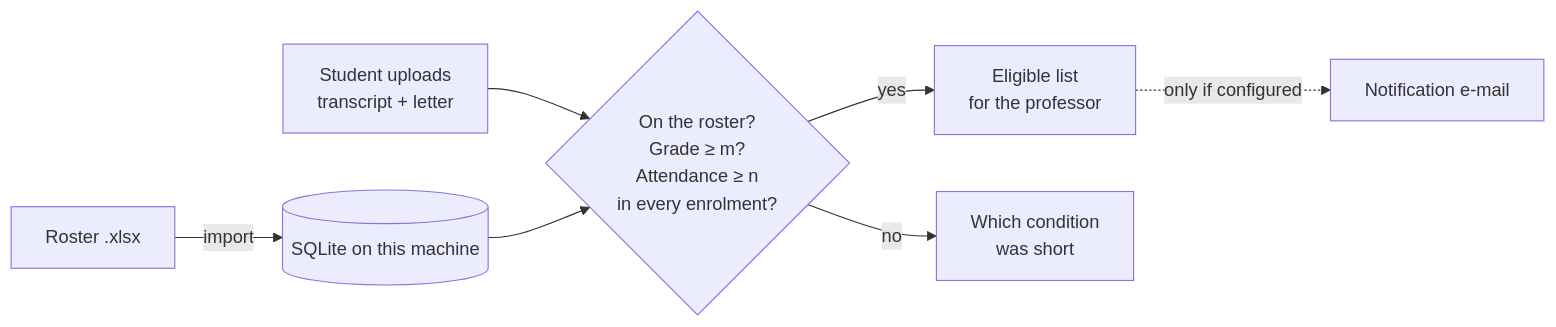
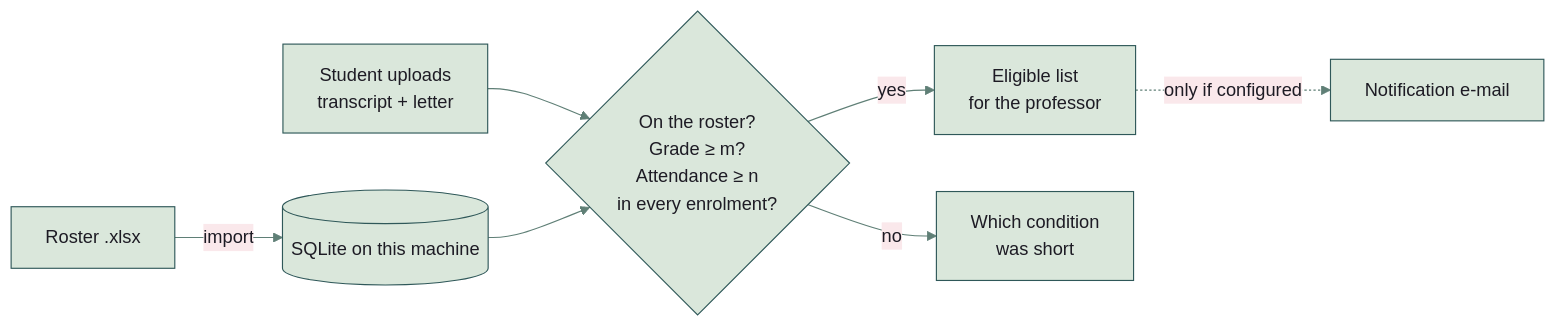
The diagram in README.md (NickkkLian/Prof-Reference-System), drawn with Mermaid before and after one commit.

Commit message:
README: the diagram in the project's colours
The mermaid diagram starts with an init line that sets the palette of
the project pages: sage nodes with deep green edges, rose edge labels.
The diagram itself is unchanged.

````diff
--- a/README.md
+++ b/README.md
@@ -44,9 +44,10 @@
 ```mermaid
+%%{init: {"theme": "base", "themeVariables": {"darkMode": false, "fontFamily": "Inter, BlinkMacSystemFont, Segoe UI, Helvetica Neue, Helvetica, Arial", "primaryColor": "#dae7db", "mainBkg": "#dae7db", "primaryTextColor": "#1d1b24", "nodeTextColor": "#1d1b24", "textColor": "#1d1b24", "primaryBorderColor": "#2f5859", "nodeBorder": "#2f5859", "secondaryColor": "#fae8eb", "tertiaryColor": "#f7e9e8", "lineColor": "#5f7f76", "arrowheadColor": "#5f7f76", "defaultLinkColor": "#5f7f76", "edgeLabelBackground": "#fae8eb", "clusterBkg": "#f7e9e8", "clusterBorder": "#a8707a", "titleColor": "#7d2d44"}}}%%
 flowchart LR
   R[Roster .xlsx] -->|import| DB[(SQLite on this machine)]
   S[Student uploads<br/>transcript + letter] --> C{On the roster?<br/>Grade ≥ m?<br/>Attendance ≥ n<br/>in every enrolment?}
   DB --> C
   C -->|yes| E[Eligible list<br/>for the professor]
   C -->|no| W[Which condition<br/>was short]
   E -.->|only if configured| M[Notification e-mail]
 ```
````
